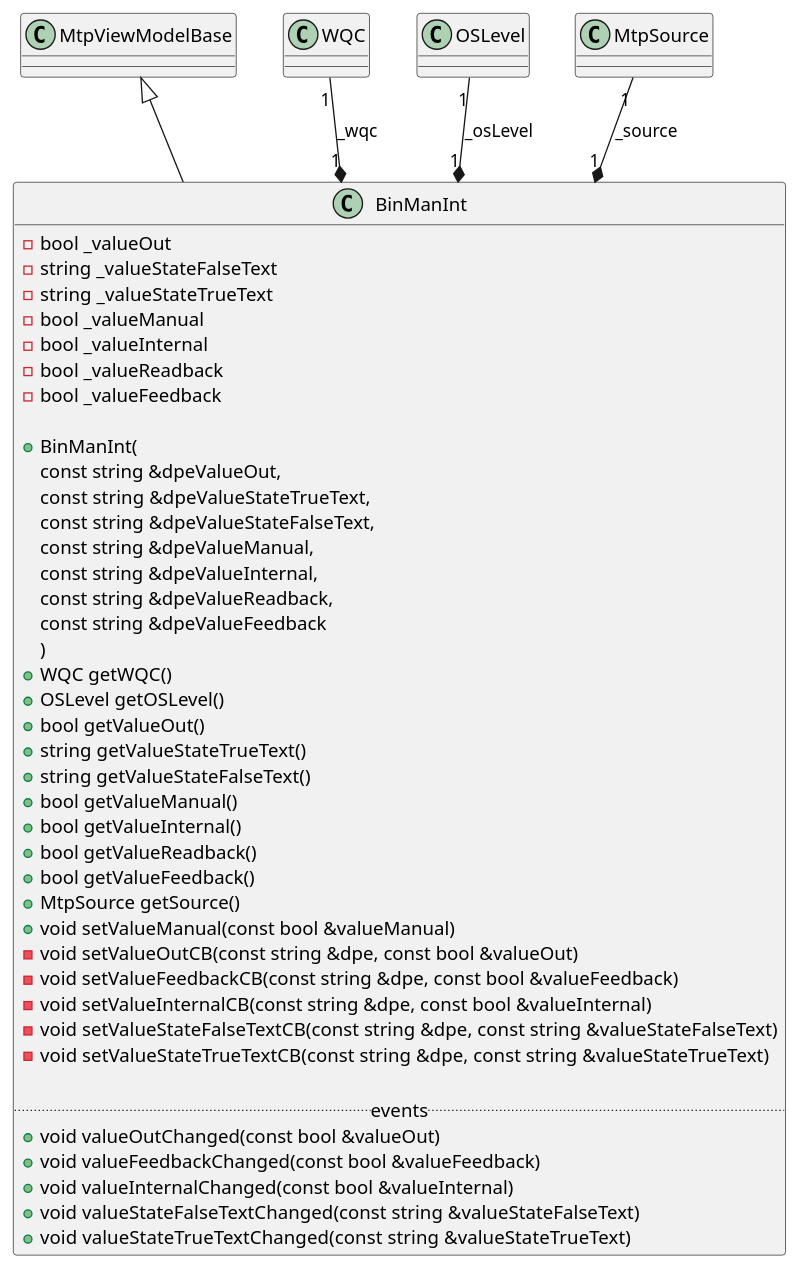
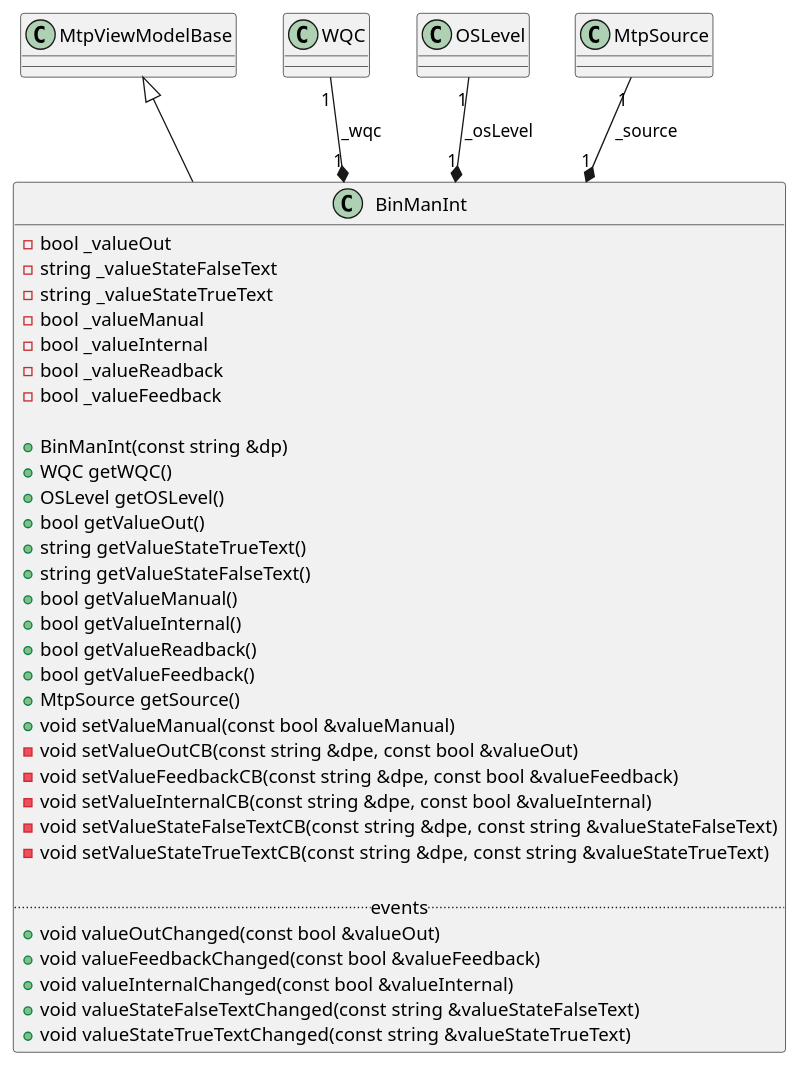
Before and after one commit to winccoa/winccoa-ae-ctrl-mtpimporter: the diagram in source/Module/BinManInt.puml, drawn with PlantUML. The commit also changed 7 other files, not shown here.

Commit message:
fix: constructors of class diagrams correct again

```diff
--- a/source/Module/BinManInt.puml
+++ b/source/Module/BinManInt.puml
@@ -1,57 +1,49 @@
 @startuml BinManInt
 
 class BinManInt
 {
     - bool _valueOut
     - string _valueStateFalseText
     - string _valueStateTrueText
     - bool _valueManual
     - bool _valueInternal
     - bool _valueReadback
     - bool _valueFeedback
 
-    + BinManInt(
-        const string &dpeValueOut,
-        const string &dpeValueStateTrueText,
-        const string &dpeValueStateFalseText,
-        const string &dpeValueManual,
-        const string &dpeValueInternal,
-        const string &dpeValueReadback,
-        const string &dpeValueFeedback
-    )
+    + BinManInt(const string &dp)
     + WQC getWQC()
     + OSLevel getOSLevel()
     + bool getValueOut()
     + string getValueStateTrueText()
     + string getValueStateFalseText()
     + bool getValueManual()
     + bool getValueInternal()
     + bool getValueReadback()
     + bool getValueFeedback()
     + MtpSource getSource()
     + void setValueManual(const bool &valueManual)
     ' DPE: VOut
     - void setValueOutCB(const string &dpe, const bool &valueOut)
     ' DPE: VFbk
     - void setValueFeedbackCB(const string &dpe, const bool &valueFeedback)
     ' DPE: VInt
     - void setValueInternalCB(const string &dpe, const bool &valueInternal)
     ' DPE: VState0
     - void setValueStateFalseTextCB(const string &dpe, const string &valueStateFalseText)
     ' DPE: VState1
     - void setValueStateTrueTextCB(const string &dpe, const string &valueStateTrueText)
 
     ..events..
     + void valueOutChanged(const bool &valueOut)
     + void valueFeedbackChanged(const bool &valueFeedback)
     + void valueInternalChanged(const bool &valueInternal)
     + void valueStateFalseTextChanged(const string &valueStateFalseText)
     + void valueStateTrueTextChanged(const string &valueStateTrueText)
 }
 
 MtpViewModelBase <|-- BinManInt
 WQC "1" --* "1" BinManInt : _wqc
 OSLevel "1" --* "1" BinManInt : _osLevel
 'DPE: SrcChannel, SrcManAut, SrcIntAut, SrcManOp, SrcIntOp, SrcManAct, SrcIntAct
 MtpSource "1" --* "1" BinManInt : _source
 @enduml
```
